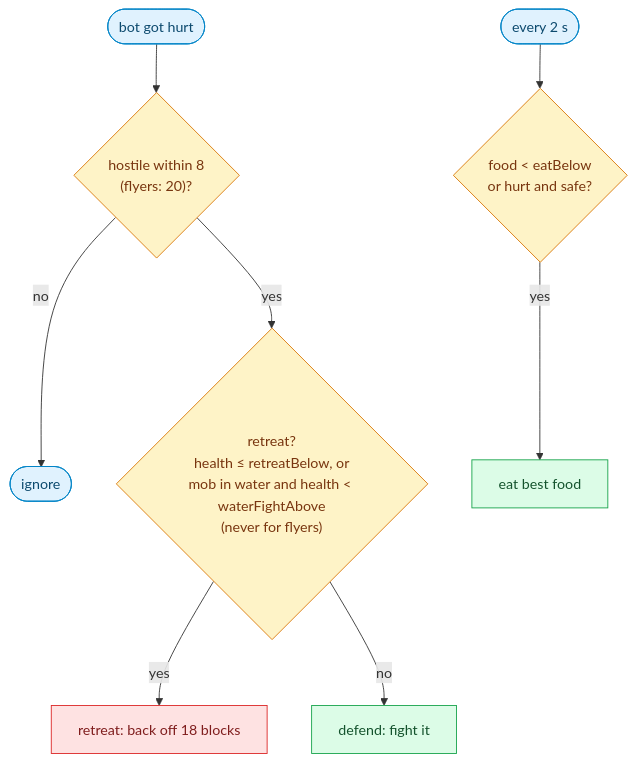
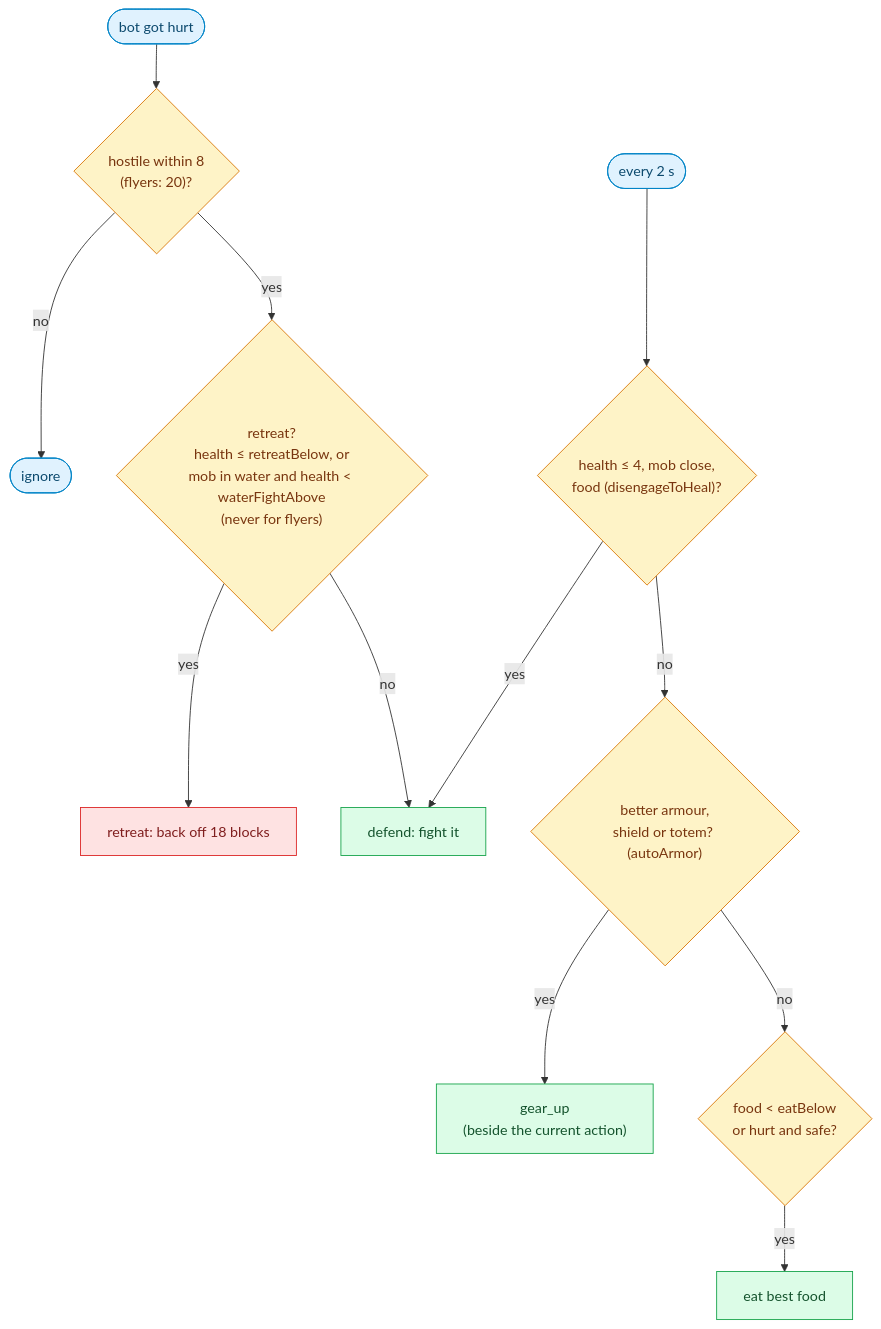
The fourth of 4 diagrams in docs/concepts/world.md (thereisnotime/golemkit), drawn with Mermaid before and after one commit. The commit also changed other lines of this file and 8 other files, not shown here.

````diff
--- a/docs/concepts/world.md
+++ b/docs/concepts/world.md
@@ -108,19 +181,23 @@
 ```mermaid
 flowchart TB
   H(["bot got hurt"]) --> M{"hostile within 8<br/>(flyers: 20)?"}
   M -- no --> X(["ignore"])
   M -- yes --> R{"retreat?<br/>health ≤ retreatBelow, or<br/>mob in water and health &lt; waterFightAbove<br/>(never for flyers)"}
   R -- yes --> RT["retreat: back off 18 blocks"]
   R -- no --> DF["defend: fight it"]
-  T(["every 2 s"]) --> E{"food &lt; eatBelow<br/>or hurt and safe?"}
+  T(["every 2 s"]) --> LOW{"health ≤ 4, mob close,<br/>food (disengageToHeal)?"}
+  LOW -- yes --> DF
+  LOW -- no --> G{"better armour,<br/>shield or totem? (autoArmor)"}
+  G -- yes --> GU["gear_up<br/>(beside the current action)"]
+  G -- no --> E{"food &lt; eatBelow<br/>or hurt and safe?"}
   E -- yes --> EAT["eat best food"]
   classDef a fill:#e0f2fe,stroke:#0284c7,color:#0c4a6e
   classDef d fill:#fef3c7,stroke:#d97706,color:#78350f
   classDef g fill:#dcfce7,stroke:#16a34a,color:#14532d
   classDef r fill:#fee2e2,stroke:#dc2626,color:#7f1d1d
   class H,T a
-  class M,R,E d
-  class DF,EAT g
+  class M,R,E,LOW,G d
+  class DF,EAT,GU g
   class RT r
   class X a
 ```
````
